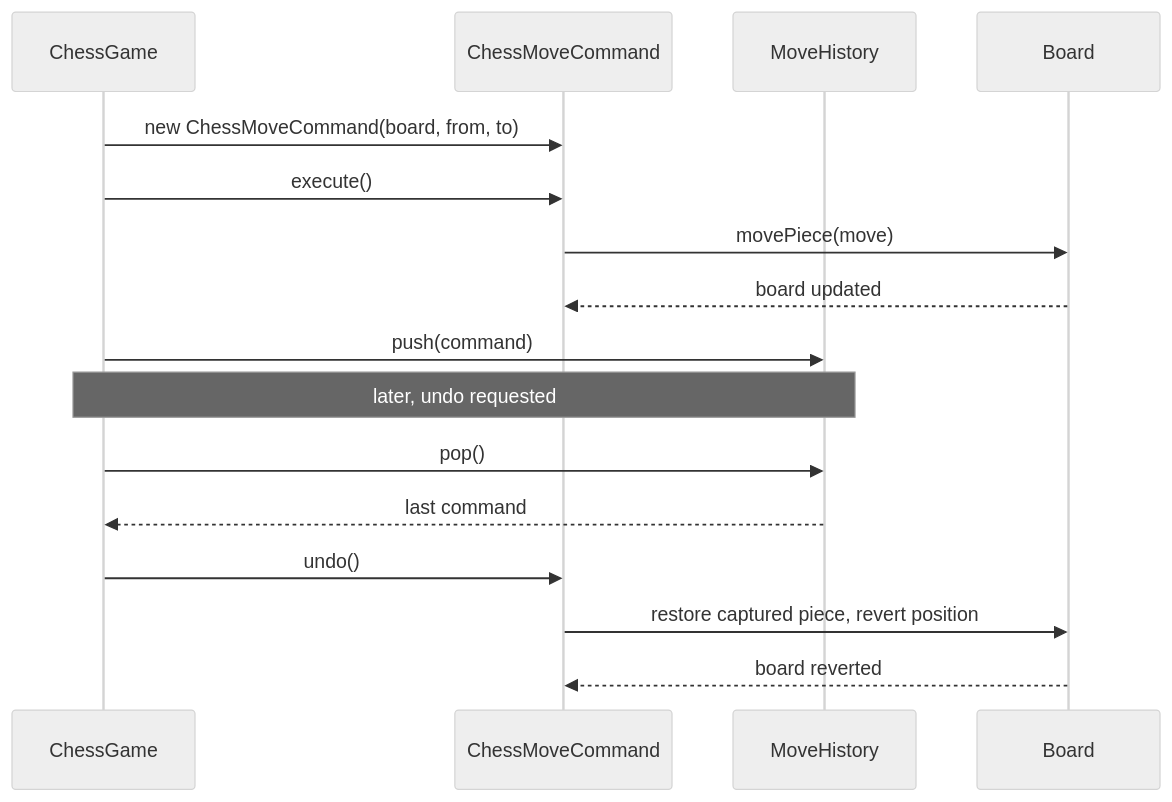
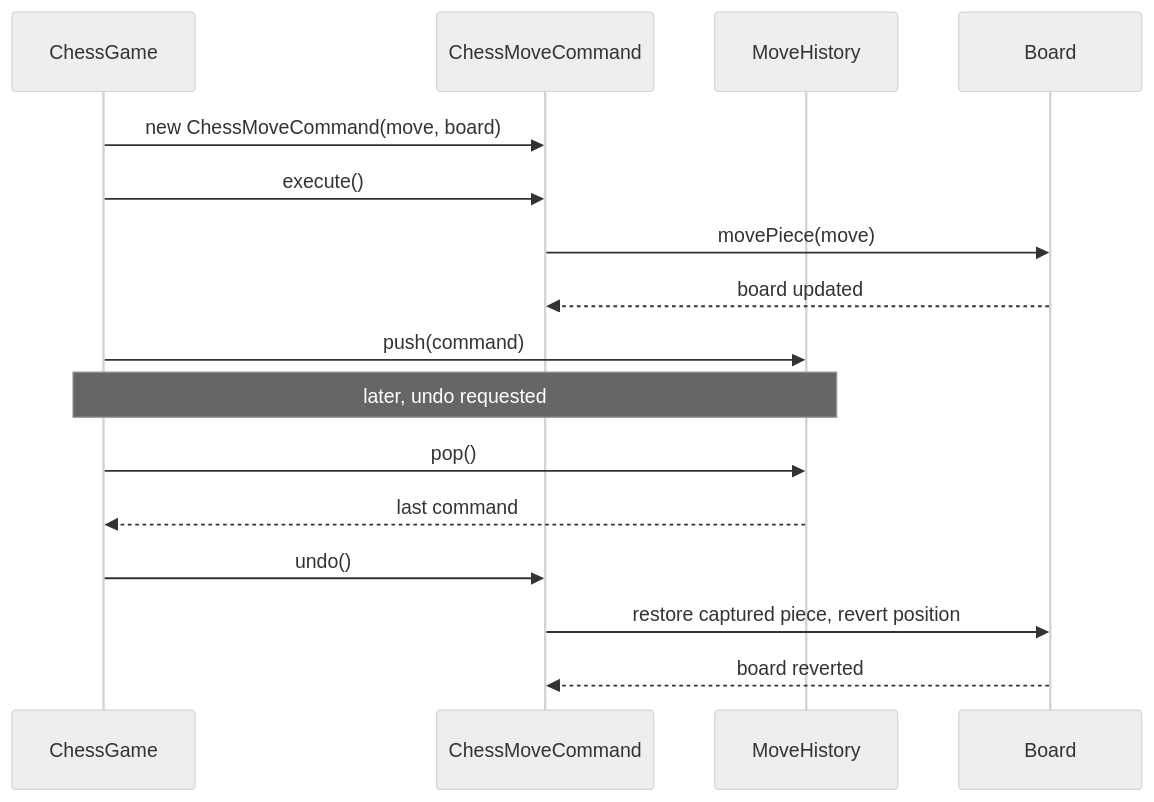
Before and after one commit to rppol/system-design: the second of 3 diagrams in src/main/java/com/rutik/systemdesign/lld/system_design_problems/ChessGame_README.md, drawn with Mermaid (neutral theme). The commit also changed other lines of this file and 22 other files, not shown here.

````diff
--- a/src/main/java/com/rutik/systemdesign/lld/system_design_problems/ChessGame_README.md
+++ b/src/main/java/com/rutik/systemdesign/lld/system_design_problems/ChessGame_README.md
@@ -153,21 +163,21 @@
 ```mermaid
 sequenceDiagram
     participant G as ChessGame
     participant C as ChessMoveCommand
     participant H as MoveHistory
     participant B as Board
 
-    G->>C: new ChessMoveCommand(board, from, to)
+    G->>C: new ChessMoveCommand(move, board)
     G->>C: execute()
     C->>B: movePiece(move)
     B-->>C: board updated
     G->>H: push(command)
 
     Note over G,H: later, undo requested
 
     G->>H: pop()
     H-->>G: last command
     G->>C: undo()
     C->>B: restore captured piece, revert position
     B-->>C: board reverted
 ```
````
